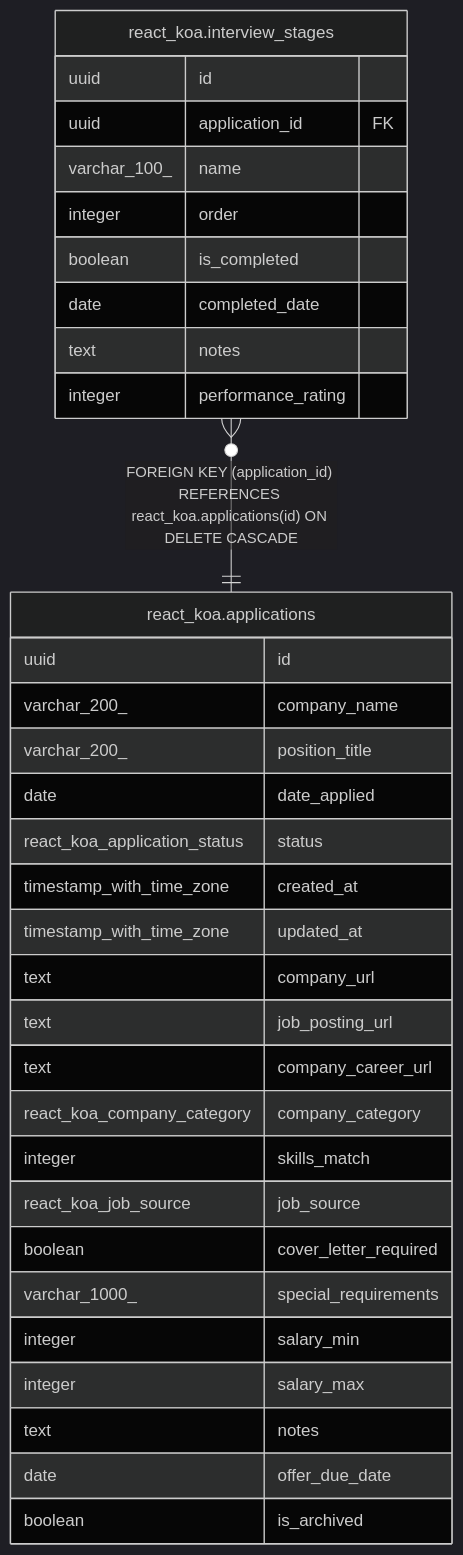
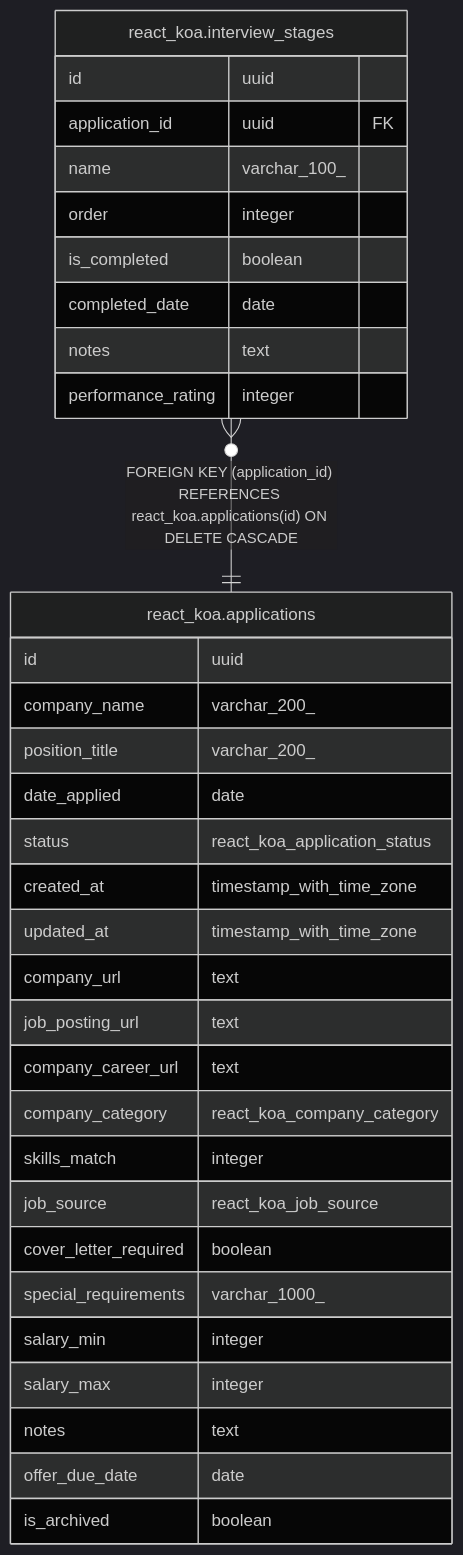
Before and after one commit to WhatIfWeDigDeeper/application-tracker: the diagram in docs/schema/react-koa/README.md, drawn with Mermaid (dark theme). The commit also changed 14 other files, not shown here.

First line of the commit message:
fix: swap column order in ERD diagrams to show name before type

````diff
--- a/docs/schema/react-koa/README.md
+++ b/docs/schema/react-koa/README.md
@@ -45,38 +45,38 @@
 ```mermaid
 erDiagram
 
 "react_koa.interview_stages" }o--|| "react_koa.applications" : "FOREIGN KEY (application_id) REFERENCES react_koa.applications(id) ON DELETE CASCADE"
 
 "react_koa.applications" {
-  uuid id
-  varchar_200_ company_name
-  varchar_200_ position_title
-  date date_applied
-  react_koa_application_status status
-  timestamp_with_time_zone created_at
-  timestamp_with_time_zone updated_at
-  text company_url
-  text job_posting_url
-  text company_career_url
-  react_koa_company_category company_category
-  integer skills_match
-  react_koa_job_source job_source
-  boolean cover_letter_required
-  varchar_1000_ special_requirements
-  integer salary_min
-  integer salary_max
-  text notes
-  date offer_due_date
-  boolean is_archived
+  id uuid
+  company_name varchar_200_
+  position_title varchar_200_
+  date_applied date
+  status react_koa_application_status
+  created_at timestamp_with_time_zone
+  updated_at timestamp_with_time_zone
+  company_url text
+  job_posting_url text
+  company_career_url text
+  company_category react_koa_company_category
+  skills_match integer
+  job_source react_koa_job_source
+  cover_letter_required boolean
+  special_requirements varchar_1000_
+  salary_min integer
+  salary_max integer
+  notes text
+  offer_due_date date
+  is_archived boolean
 }
 "react_koa.interview_stages" {
-  uuid id
-  uuid application_id FK
-  varchar_100_ name
-  integer order
-  boolean is_completed
-  date completed_date
-  text notes
-  integer performance_rating
+  id uuid
+  application_id uuid FK
+  name varchar_100_
+  order integer
+  is_completed boolean
+  completed_date date
+  notes text
+  performance_rating integer
 }
 ```
````
